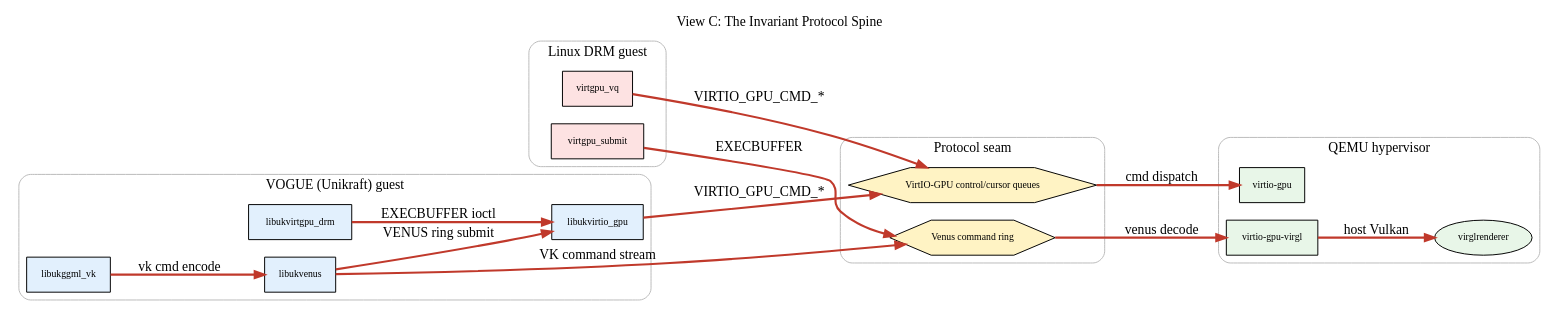
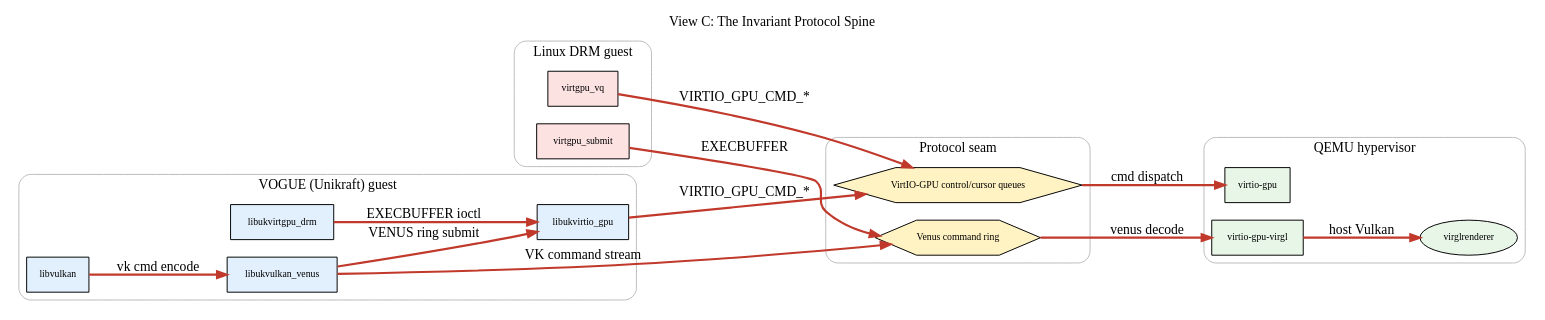
One commit to vm-final-project/virtio-gpu changed the diagram in results/depgraph/view-c-spine.dot. Above: the diagram before and after it, drawn with Graphviz. The commit also changed 170 other files, not shown here.

First line of the commit message:
vulkan: redesign around libvulkan + a native Venus driver; retire libukvk_icd and libukggml_vk

```diff
--- a/results/depgraph/view-c-spine.dot
+++ b/results/depgraph/view-c-spine.dot
@@ -1,34 +1,34 @@
 digraph "View C: The Invariant Protocol Spine" {
   rankdir=LR;
   node [fontsize=10];
   label="View C: The Invariant Protocol Spine"; labelloc=t; fontsize=14;
   subgraph "cluster_linux" { label="Linux DRM guest"; style=rounded; color="#bbbbbb";
     "linux:virtgpu_vq" [label="virtgpu_vq",shape=box,style=filled,fillcolor="#fde2e2"];
     "linux:virtgpu_submit" [label="virtgpu_submit",shape=box,style=filled,fillcolor="#fde2e2"];
   }
   subgraph "cluster_vogue" { label="VOGUE (Unikraft) guest"; style=rounded; color="#bbbbbb";
-    "vogue:libukggml_vk" [label="libukggml_vk",shape=box,style=filled,fillcolor="#e2f0fd"];
-    "vogue:libukvenus" [label="libukvenus",shape=box,style=filled,fillcolor="#e2f0fd"];
     "vogue:libukvirtgpu_drm" [label="libukvirtgpu_drm",shape=box,style=filled,fillcolor="#e2f0fd"];
     "vogue:libukvirtio_gpu" [label="libukvirtio_gpu",shape=box,style=filled,fillcolor="#e2f0fd"];
+    "vogue:libukvulkan_venus" [label="libukvulkan_venus",shape=box,style=filled,fillcolor="#e2f0fd"];
+    "vogue:libvulkan" [label="libvulkan",shape=box,style=filled,fillcolor="#e2f0fd"];
   }
   subgraph "cluster_seam" { label="Protocol seam"; style=rounded; color="#bbbbbb";
     "seam:ctrlq" [label="VirtIO-GPU control/cursor queues",shape=hexagon,style=filled,fillcolor="#fff3c4"];
     "seam:venus-ring" [label="Venus command ring",shape=hexagon,style=filled,fillcolor="#fff3c4"];
   }
   subgraph "cluster_qemu" { label="QEMU hypervisor"; style=rounded; color="#bbbbbb";
     "qemu:ext:virglrenderer" [label="virglrenderer",shape=ellipse,style=filled,fillcolor="#e8f6e8"];
     "qemu:virtio-gpu-virgl" [label="virtio-gpu-virgl",shape=box,style=filled,fillcolor="#e8f6e8"];
     "qemu:virtio-gpu" [label="virtio-gpu",shape=box,style=filled,fillcolor="#e8f6e8"];
   }
-  "vogue:libukggml_vk" -> "vogue:libukvenus" [penwidth=2.2,color="#c0392b",label="vk cmd encode"];
-  "vogue:libukvenus" -> "vogue:libukvirtio_gpu" [penwidth=2.2,color="#c0392b",label="VENUS ring submit"];
+  "vogue:libvulkan" -> "vogue:libukvulkan_venus" [penwidth=2.2,color="#c0392b",label="vk cmd encode"];
+  "vogue:libukvulkan_venus" -> "vogue:libukvirtio_gpu" [penwidth=2.2,color="#c0392b",label="VENUS ring submit"];
   "vogue:libukvirtgpu_drm" -> "vogue:libukvirtio_gpu" [penwidth=2.2,color="#c0392b",label="EXECBUFFER ioctl"];
   "vogue:libukvirtio_gpu" -> "seam:ctrlq" [penwidth=2.2,color="#c0392b",label="VIRTIO_GPU_CMD_*"];
-  "vogue:libukvenus" -> "seam:venus-ring" [penwidth=2.2,color="#c0392b",label="VK command stream"];
+  "vogue:libukvulkan_venus" -> "seam:venus-ring" [penwidth=2.2,color="#c0392b",label="VK command stream"];
   "linux:virtgpu_vq" -> "seam:ctrlq" [penwidth=2.2,color="#c0392b",label="VIRTIO_GPU_CMD_*"];
   "linux:virtgpu_submit" -> "seam:venus-ring" [penwidth=2.2,color="#c0392b",label="EXECBUFFER"];
   "seam:ctrlq" -> "qemu:virtio-gpu" [penwidth=2.2,color="#c0392b",label="cmd dispatch"];
   "seam:venus-ring" -> "qemu:virtio-gpu-virgl" [penwidth=2.2,color="#c0392b",label="venus decode"];
   "qemu:virtio-gpu-virgl" -> "qemu:ext:virglrenderer" [penwidth=2.2,color="#c0392b",label="host Vulkan"];
 }
```
